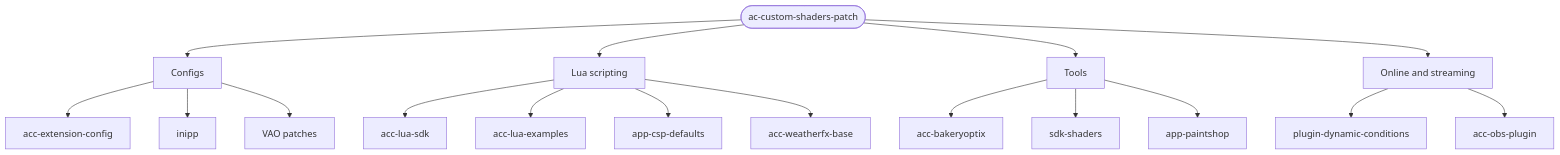
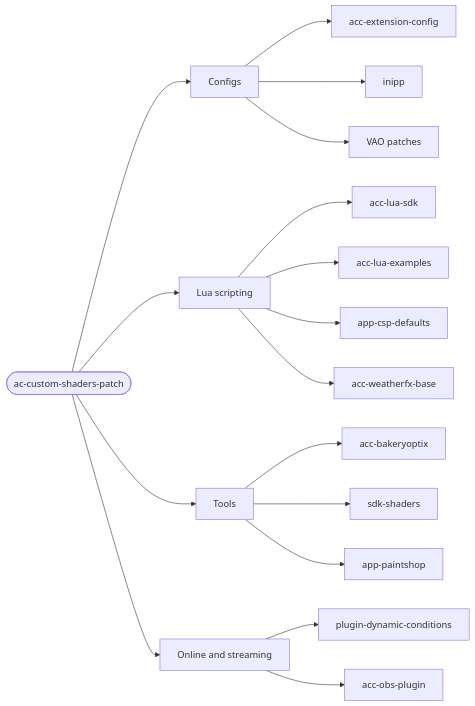
Before and after one commit to d4v0l4p/assetto-corsa-tutorials: the diagram in resources/csp-github.md, drawn with Mermaid. The commit also changed 2 other files, not shown here.

Commit message:
Replace README diagram with learning path graphic

````diff
--- a/resources/csp-github.md
+++ b/resources/csp-github.md
@@ -5,20 +5,20 @@
 ```mermaid
-flowchart TD
+flowchart LR
     CSP([ac-custom-shaders-patch])
     CSP --> CFG[Configs]
     CSP --> LUA[Lua scripting]
     CSP --> TOOLS[Tools]
     CSP --> ONLINE[Online and streaming]
     CFG --> c1[acc-extension-config]
     CFG --> c2[inipp]
     CFG --> c3[VAO patches]
     LUA --> l1[acc-lua-sdk]
     LUA --> l2[acc-lua-examples]
     LUA --> l3[app-csp-defaults]
     LUA --> l4[acc-weatherfx-base]
     TOOLS --> t1[acc-bakeryoptix]
     TOOLS --> t2[sdk-shaders]
     TOOLS --> t3[app-paintshop]
     ONLINE --> o1[plugin-dynamic-conditions]
     ONLINE --> o2[acc-obs-plugin]
 ```
````
